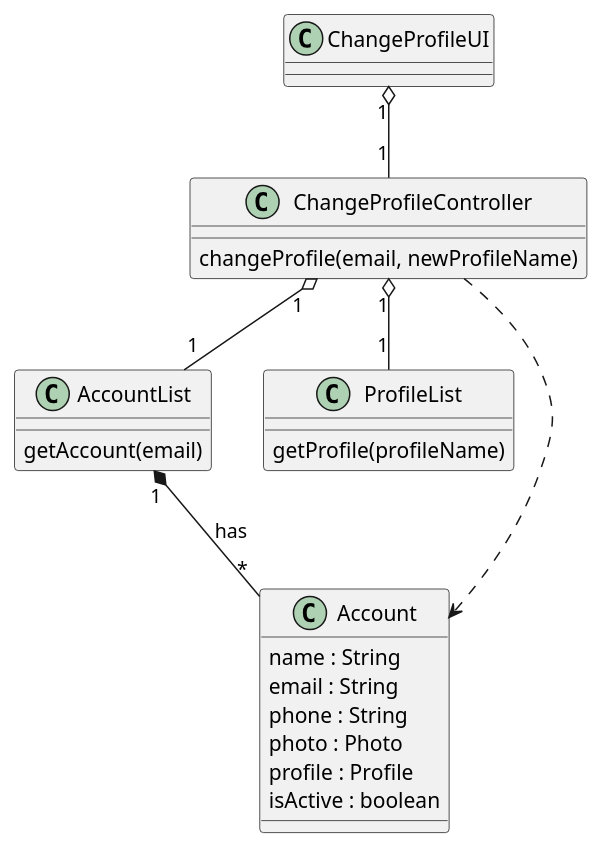
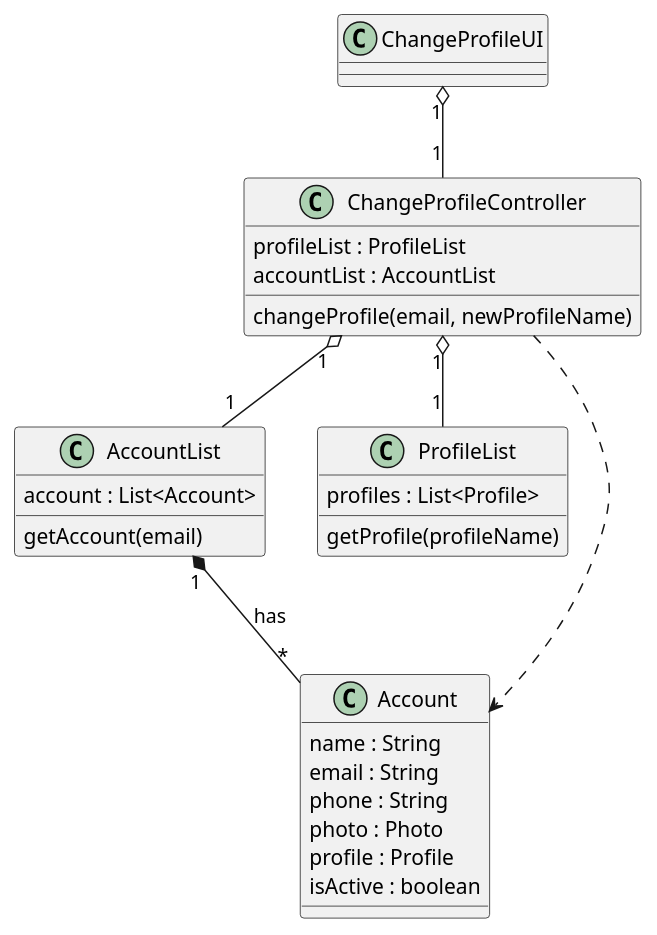
The diagram in docs/modelling_design/user_stories/us003/US003_ChangeProfileCD.puml (ivo-menezes/project_g3), drawn with PlantUML before and after one commit. The commit also changed 1 other file, not shown here.

Commit message:
US003 - US004: Design: Updated Class Diagram.

```diff
--- a/docs/modelling_design/user_stories/us003/US003_ChangeProfileCD.puml
+++ b/docs/modelling_design/user_stories/us003/US003_ChangeProfileCD.puml
@@ -1,34 +1,37 @@
   @startuml
 
 class ChangeProfileUI {}
 
 class ChangeProfileController {
+profileList : ProfileList
+accountList : AccountList
 changeProfile(email, newProfileName)
 }
 
 
 class AccountList {
-'accounts : List<Account>
+account : List<Account>
 getAccount(email)
 }
 
 class ProfileList {
+profiles : List<Profile>
 getProfile(profileName)
 }
 
 class Account {
 name : String
 email : String
 phone : String
 photo : Photo
 profile : Profile
 isActive : boolean
 }
 
 ChangeProfileUI "1" o-- "1" ChangeProfileController
 ChangeProfileController "1" o-- "1" AccountList
 ChangeProfileController  "1" o-- "1"  ProfileList
 ChangeProfileController ..> Account
 AccountList "1" *-- "*" Account : has
 
 @enduml
```
